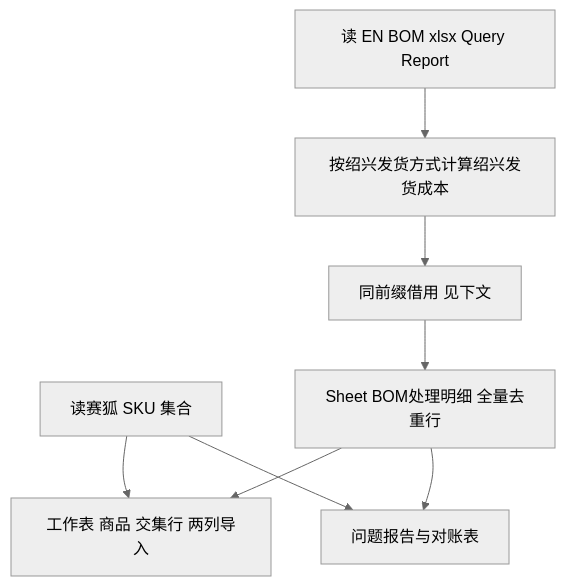
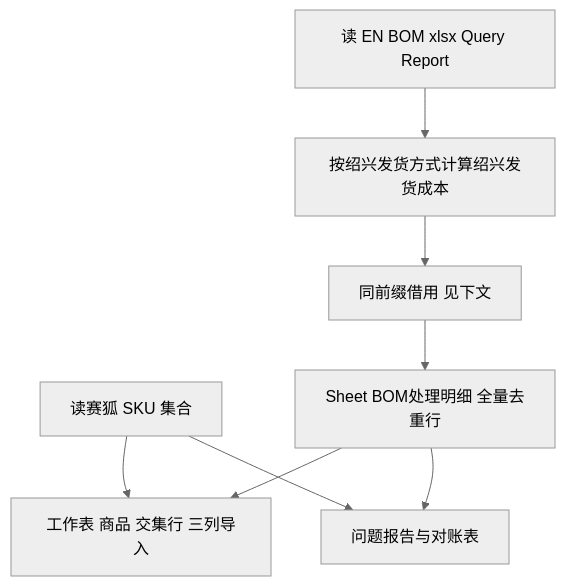
Before and after one commit to keyapi/fzh-data: the diagram in item_cost_sx/README.md, drawn with Mermaid (neutral theme). The commit also changed other lines of this file and 1 other file, not shown here.

````diff
--- a/item_cost_sx/README.md
+++ b/item_cost_sx/README.md
@@ -77,16 +77,16 @@
 ```mermaid
 flowchart TD
   bom[读 EN BOM xlsx Query Report]
   calc[按绍兴发货方式计算绍兴发货成本]
   borrow[同前缀借用 见下文]
   sai[读赛狐 SKU 集合]
-  s1[工作表 商品 交集行 两列导入]
+  s1[工作表 商品 交集行 三列导入]
   det[Sheet BOM处理明细 全量去重行]
   iss[问题报告与对账表]
   bom --> calc --> borrow
   borrow --> det
   sai --> s1
   det --> s1
   det --> iss
   sai --> iss
 ```
````
